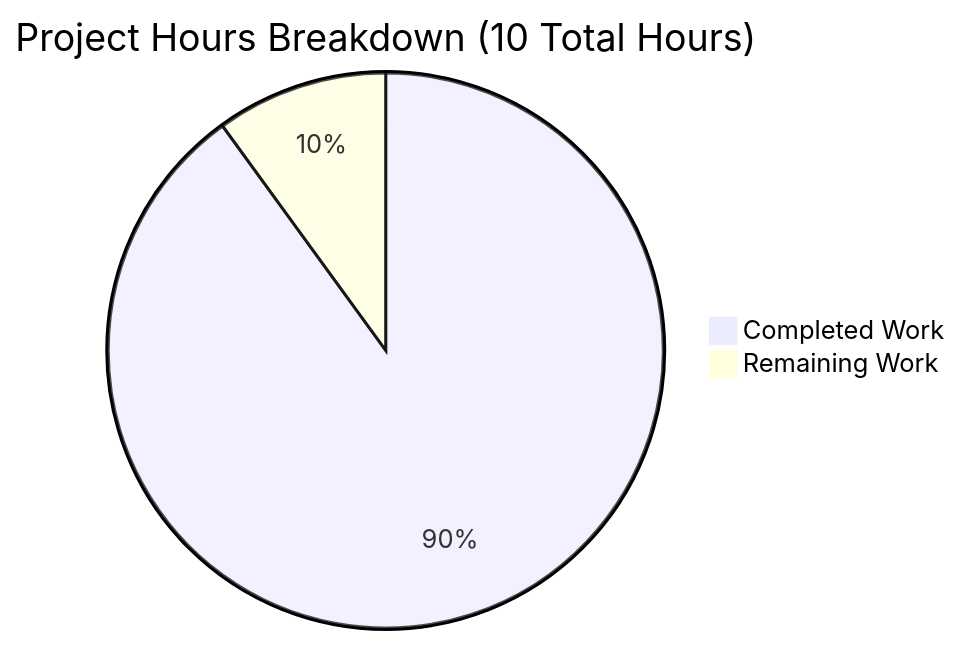
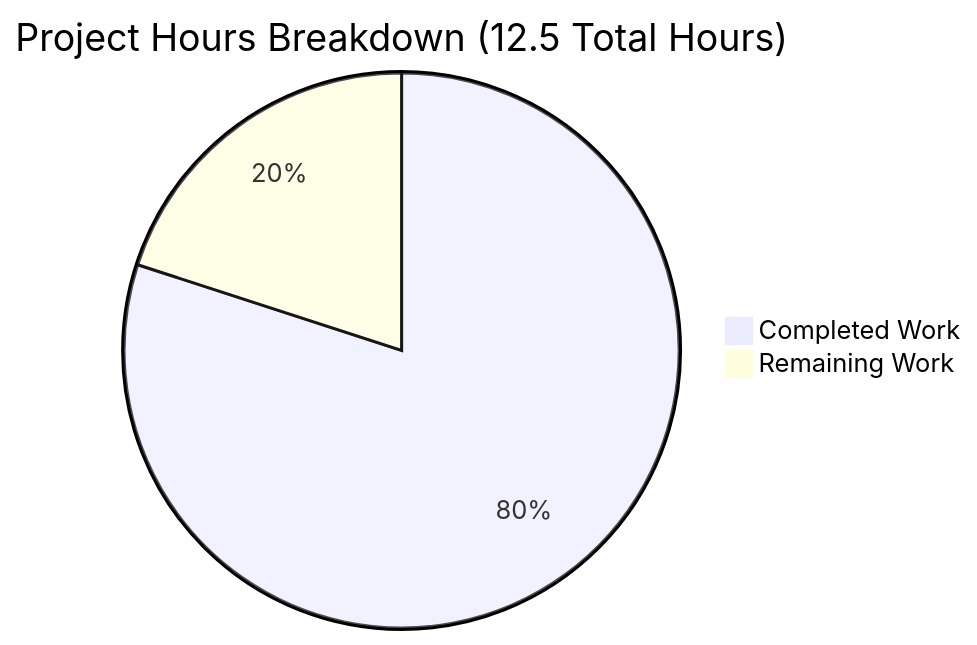
Before and after one commit to blitzytest02/Nov18_11: the diagram in blitzy/documentation/Project Guide.md, drawn with Mermaid. The commit also changed other lines of this file, not shown here.

Commit message:
Adding Blitzy Project Guide: Project Status and Human Tasks Remaining

````diff
--- a/blitzy/documentation/Project Guide.md
+++ b/blitzy/documentation/Project Guide.md
@@ -131,5 +116,5 @@
 ```mermaid
-pie title Project Hours Breakdown (10 Total Hours)
-    "Completed Work" : 9
-    "Remaining Work" : 1
+pie title Project Hours Breakdown (12.5 Total Hours)
+    "Completed Work" : 10
+    "Remaining Work" : 2.5
 ```
````
